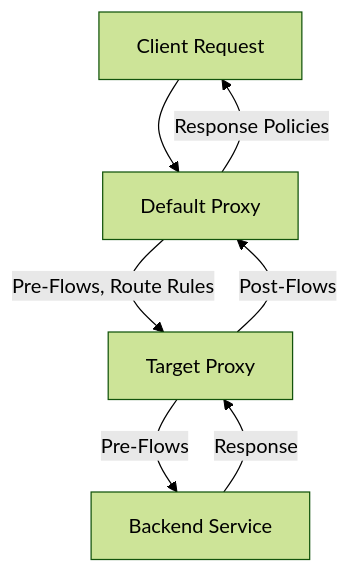
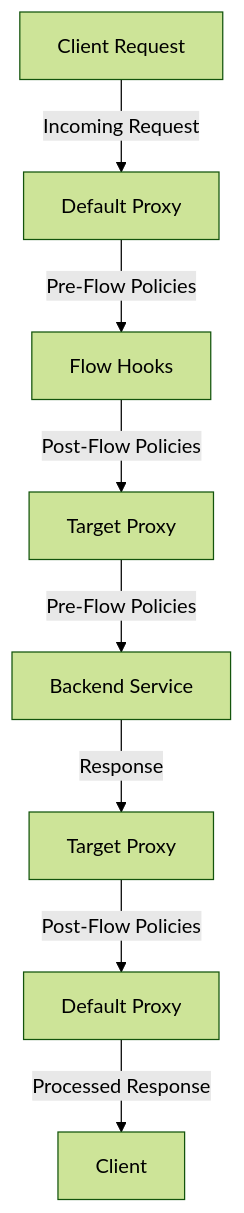
The diagram in WorkShop/Day3/Default-Target Proxy.md (SatyajitNayak-Exelixi/APIGEE), drawn with Mermaid (forest theme) before and after one commit. The commit also changed other lines of this file, not shown here.

Commit message:
Added modified Default-Target file

````diff
--- a/WorkShop/Day3/Default-Target Proxy.md
+++ b/WorkShop/Day3/Default-Target Proxy.md
@@ -62,9 +56,10 @@
 ```mermaid
 graph TD;
-    Client[Client Request] --> DefaultProxy[Default Proxy]
-    DefaultProxy -->|Pre-Flows, Route Rules| TargetProxy[Target Proxy]
-    TargetProxy -->|Pre-Flows| Backend[Backend Service]
-    Backend -->|Response| TargetProxy
-    TargetProxy -->|Post-Flows| DefaultProxy
-    DefaultProxy -->|Response Policies| Client
+    A[Client Request] -->|Incoming Request| B[Default Proxy];
+    B -->|Pre-Flow Policies| C[Flow Hooks];
+    C -->|Post-Flow Policies| D[Target Proxy];
+    D -->|Pre-Flow Policies| E[Backend Service];
+    E -->|Response| F[Target Proxy];
+    F -->|Post-Flow Policies| G[Default Proxy];
+    G -->|Processed Response| H[Client];
 ```
````
